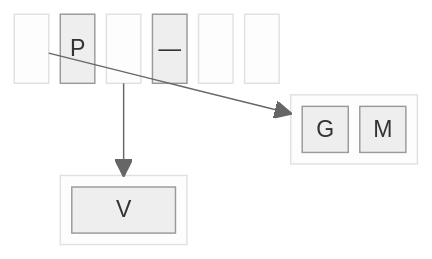
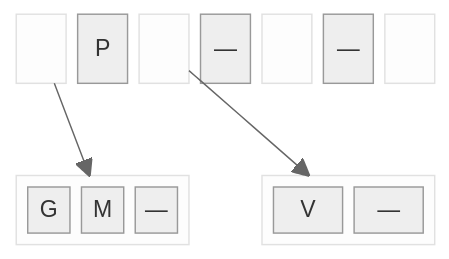
Before and after one commit to BenhurUFSM/pod26b: the second of 3 diagrams in Assuntos/busca-ext.md, drawn with Mermaid (neutral theme). The commit also changed other lines of this file, not shown here.

````diff
--- a/Assuntos/busca-ext.md
+++ b/Assuntos/busca-ext.md
@@ -7,12 +7,12 @@
 ```mermaid
 block
   columns 7
-  block:rl1 space end P block:rl2 space end — block:rl3 space end — block:rl4 space end
+  block:rl1 space end P block:rl2 space end rf1["—"] block:rl3 space end rf2["—"] block:rl4 space end
   space:7
 
-  block:f1:3 G M — end space
-  block:f2:3 P V — end
+  block:f1:3 G M f1f1["—"] end space
+  block:f2:3 P V f2f1["—"] end
 
   rl1-->f1
   rl2-->f2
 ```
````
